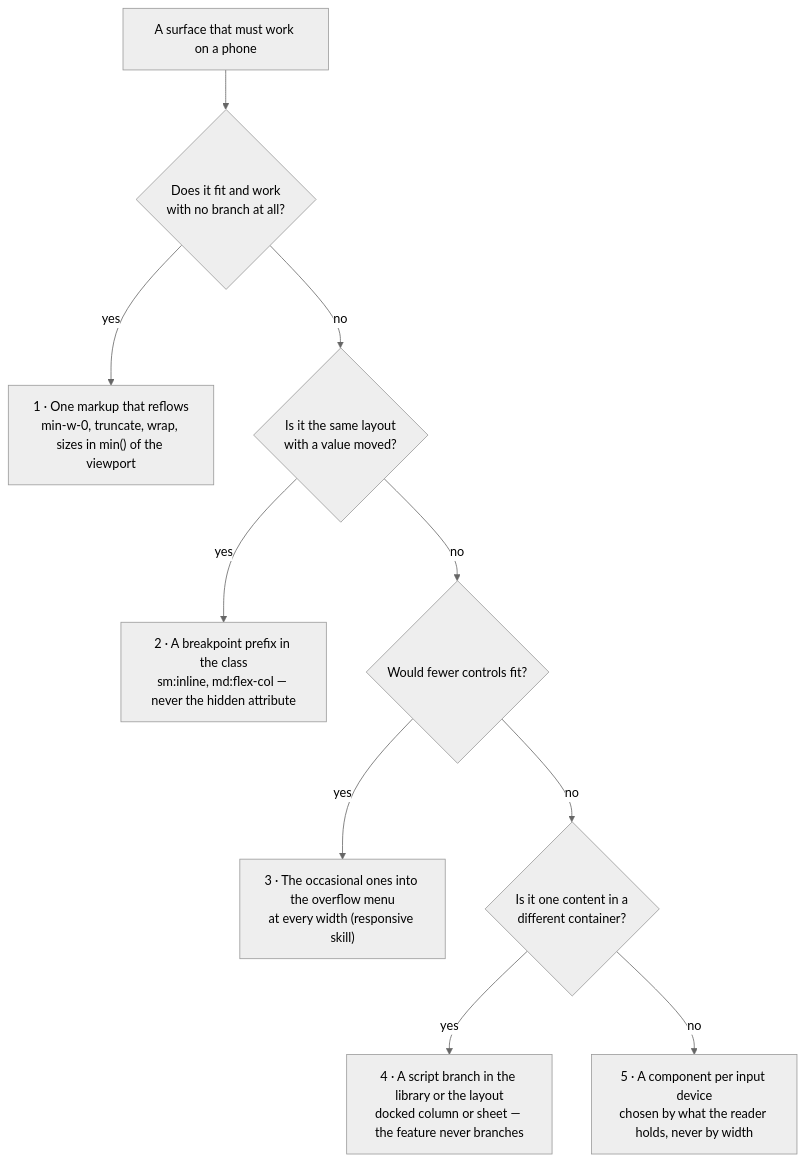
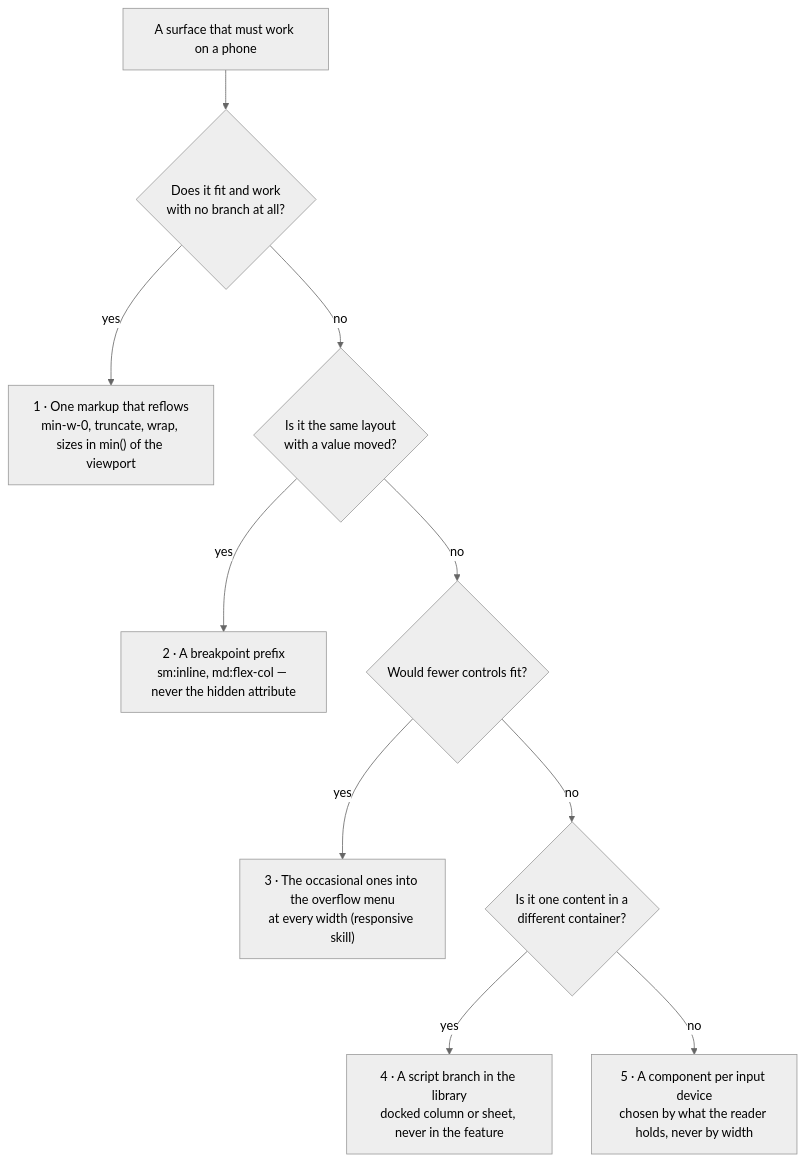
Before and after one commit to Esposter/Esposter: the second of 2 diagrams in apps/web/content/docs/architecture/responsive.md, drawn with Mermaid (neutral theme). The commit also changed 28 other files, not shown here.

````diff
--- a/apps/web/content/docs/architecture/responsive.md
+++ b/apps/web/content/docs/architecture/responsive.md
@@ -41,12 +41,12 @@
 ```mermaid
 flowchart TD
   start["A surface that must work on a phone"] --> fits{"Does it fit and work<br/>with no branch at all?"}
   fits -->|yes| one["1 · One markup that reflows<br/>min-w-0, truncate, wrap, sizes in min() of the viewport"]
   fits -->|no| value{"Is it the same layout<br/>with a value moved?"}
-  value -->|yes| prefix["2 · A breakpoint prefix in the class<br/>sm:inline, md:flex-col — never the hidden attribute"]
+  value -->|yes| prefix["2 · A breakpoint prefix<br/>sm:inline, md:flex-col — never the hidden attribute"]
   value -->|no| fewer{"Would fewer controls fit?"}
   fewer -->|yes| overflow["3 · The occasional ones into the overflow menu<br/>at every width (responsive skill)"]
   fewer -->|no| container{"Is it one content in a<br/>different container?"}
-  container -->|yes| library["4 · A script branch in the library or the layout<br/>docked column or sheet — the feature never branches"]
+  container -->|yes| library["4 · A script branch in the library<br/>docked column or sheet, never in the feature"]
   container -->|no| device["5 · A component per input device<br/>chosen by what the reader holds, never by width"]
 ```
````
